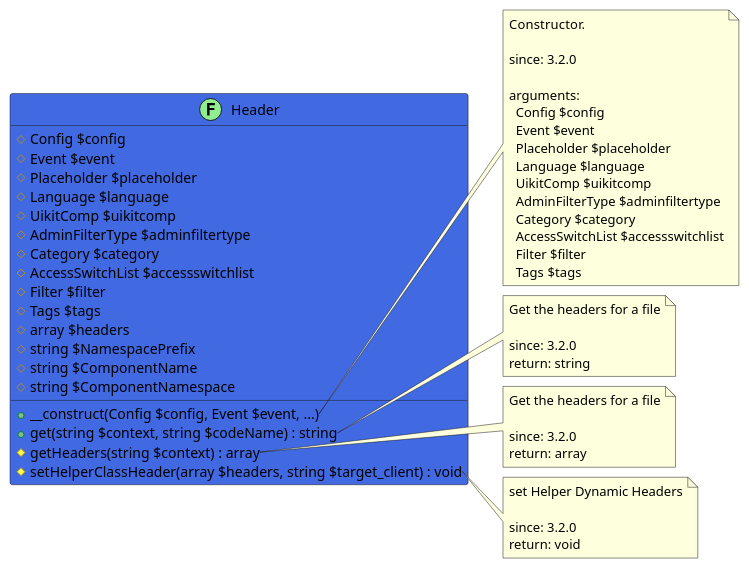
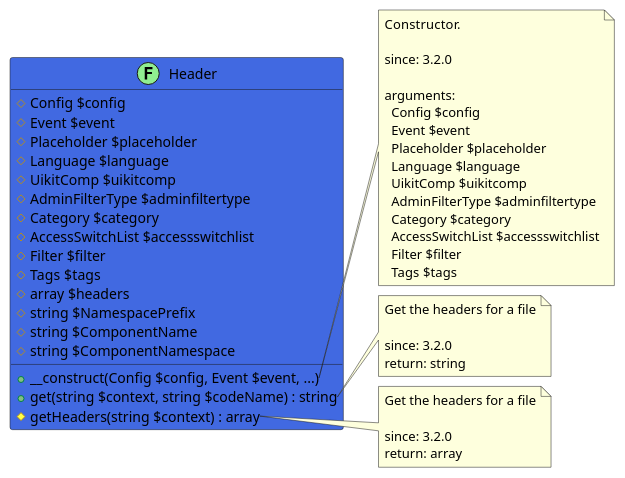
The diagram in src/1ee227b9-da0f-4e7b-ae66-99a9d53f6f49/README.md (joomengine/jcb-compiler), drawn with PlantUML before and after one commit. The commit also changed 213 other files, not shown here.

````diff
--- a/src/1ee227b9-da0f-4e7b-ae66-99a9d53f6f49/README.md
+++ b/src/1ee227b9-da0f-4e7b-ae66-99a9d53f6f49/README.md
@@ -12,64 +12,56 @@
 ```uml
 @startuml
 class Header << (F,LightGreen) >> #RoyalBlue {
   # Config $config
   # Event $event
   # Placeholder $placeholder
   # Language $language
   # UikitComp $uikitcomp
   # AdminFilterType $adminfiltertype
   # Category $category
   # AccessSwitchList $accessswitchlist
   # Filter $filter
   # Tags $tags
   # array $headers
   # string $NamespacePrefix
   # string $ComponentName
   # string $ComponentNamespace
   + __construct(Config $config, Event $event, ...)
   + get(string $context, string $codeName) : string
   # getHeaders(string $context) : array
-  # setHelperClassHeader(array $headers, string $target_client) : void
 }
 
 note right of Header::__construct
   Constructor.
 
   since: 3.2.0
   
   arguments:
     Config $config
     Event $event
     Placeholder $placeholder
     Language $language
     UikitComp $uikitcomp
     AdminFilterType $adminfiltertype
     Category $category
     AccessSwitchList $accessswitchlist
     Filter $filter
     Tags $tags
 end note
 
 note right of Header::get
   Get the headers for a file
 
   since: 3.2.0
   return: string
 end note
 
 note right of Header::getHeaders
   Get the headers for a file
 
   since: 3.2.0
   return: array
 end note
-
-note right of Header::setHelperClassHeader
-  set Helper Dynamic Headers
-
-  since: 3.2.0
-  return: void
-end note
  
 @enduml
 ```
````
